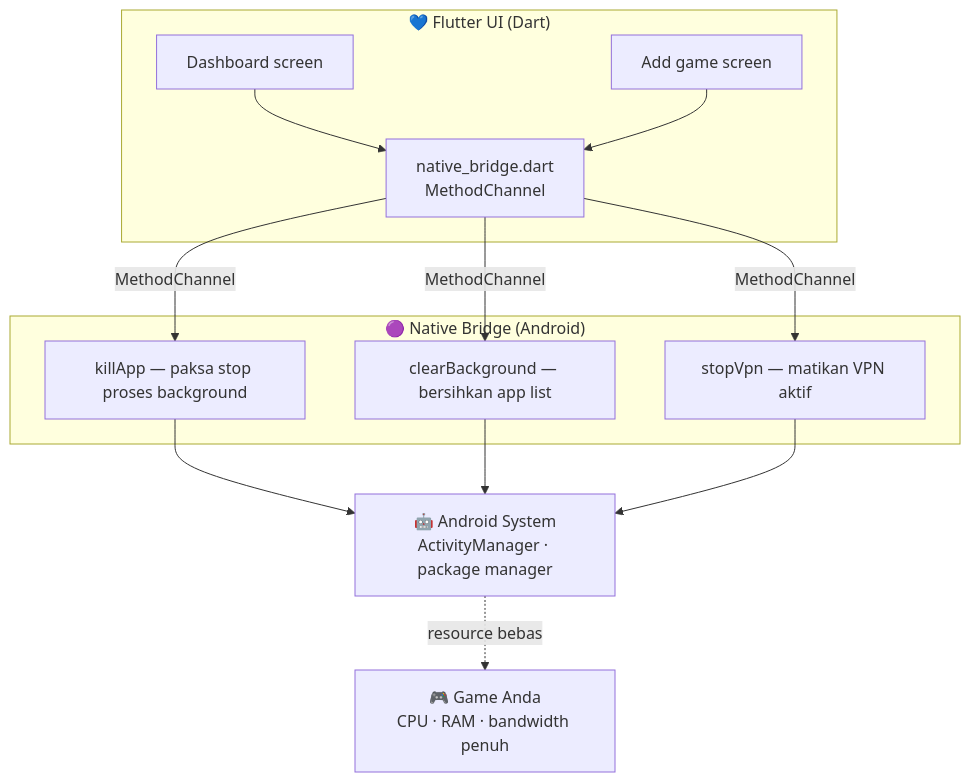
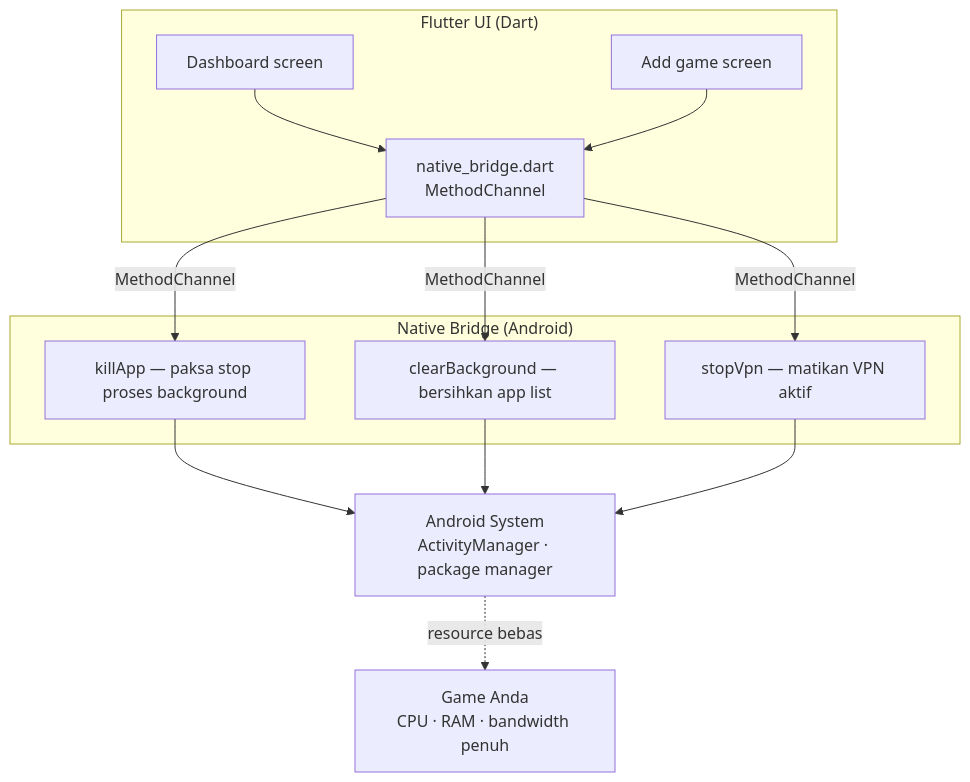
Before and after one commit to kandarlubis31/gamebooster-showcase: the diagram in README.md, drawn with Mermaid. The commit also changed other lines of this file, not shown here.

````diff
--- a/README.md
+++ b/README.md
@@ -46,19 +46,19 @@
 ```mermaid
 flowchart TB
-    subgraph FL["💙 Flutter UI (Dart)"]
+    subgraph FL[" Flutter UI (Dart)"]
         DASH["Dashboard screen"]
         ADD["Add game screen"]
         NB["native_bridge.dart<br/>MethodChannel"]
     end
-    subgraph NAT["🟣 Native Bridge (Android)"]
+    subgraph NAT[" Native Bridge (Android)"]
         KILL["killApp — paksa stop proses background"]
         CLEAR["clearBackground — bersihkan app list"]
         VPN["stopVpn — matikan VPN aktif"]
     end
-    OS["🤖 Android System<br/>ActivityManager · package manager"]
-    G["🎮 Game Anda<br/>CPU · RAM · bandwidth penuh"]
+    OS[" Android System<br/>ActivityManager · package manager"]
+    G[" Game Anda<br/>CPU · RAM · bandwidth penuh"]
     DASH & ADD --> NB
     NB -->|"MethodChannel"| KILL & CLEAR & VPN
     KILL & CLEAR & VPN --> OS
     OS -.->|"resource bebas"| G
 ```
````
